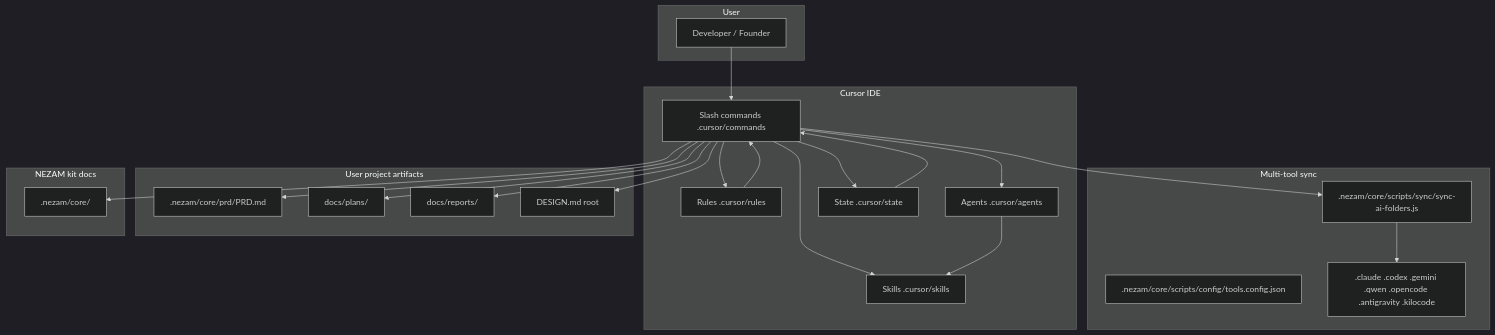
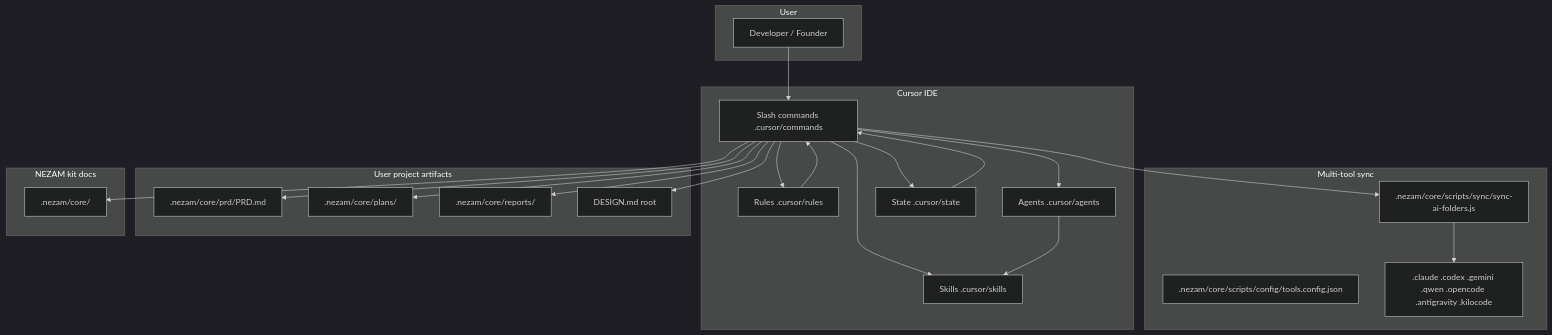
One commit to iDorgham/Nezam changed the diagram in docs/Nezam/nezam-guide.md. Above: the diagram before and after it, drawn with Mermaid (dark theme). The commit also changed other lines of this file and 377 other files, not shown here.

````diff
--- a/docs/Nezam/nezam-guide.md
+++ b/docs/Nezam/nezam-guide.md
@@ -60,47 +60,47 @@
 ```mermaid
 flowchart TB
   subgraph User
     U[Developer / Founder]
   end
 
   subgraph CursorIDE[Cursor IDE]
     CMD[Slash commands .cursor/commands]
     RUL[Rules .cursor/rules]
     AG[Agents .cursor/agents]
     SK[Skills .cursor/skills]
     ST[State .cursor/state]
   end
 
   subgraph Sync[Multi-tool sync]
     SAF[.nezam/core/scripts/sync/sync-ai-folders.js]
     TCFG[.nezam/core/scripts/config/tools.config.json]
     MIRRORS[.claude .codex .gemini .qwen .opencode .antigravity .kilocode]
   end
 
   subgraph ProjectDocs[User project artifacts]
     PRD[.nezam/core/prd/PRD.md]
-    PLN[docs/plans/]
-    REP[docs/reports/]
+    PLN[.nezam/core/plans/]
+    REP[.nezam/core/reports/]
     DM[DESIGN.md root]
   end
 
   subgraph NezamDocs[NEZAM kit docs]
     NZ[.nezam/core/]
   end
 
   U --> CMD
   CMD --> RUL
   CMD --> AG
   CMD --> SK
   CMD --> ST
   AG --> SK
   RUL --> CMD
   ST --> CMD
   SAF --> MIRRORS
   CMD --> SAF
   CMD --> PRD
   CMD --> PLN
   CMD --> REP
   CMD --> DM
   CMD --> NZ
 ```
````
